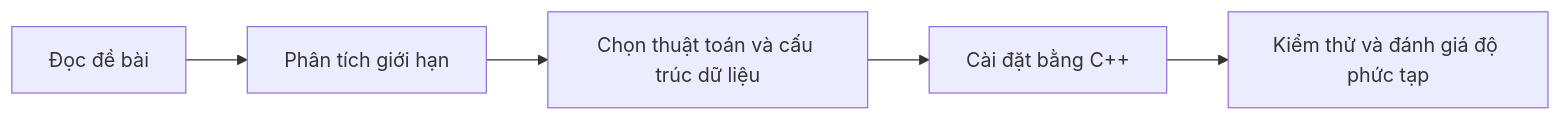
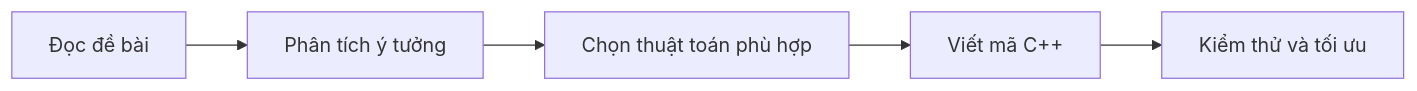
The diagram in README.md (Dungsilver1005/DSA_HUST), drawn with Mermaid before and after one commit. The commit also changed other lines of this file, not shown here.

````diff
--- a/README.md
+++ b/README.md
@@ -19,7 +95,7 @@
 ```mermaid
 flowchart LR
-    A[Đọc đề bài] --> B[Phân tích giới hạn]
-    B --> C[Chọn thuật toán và cấu trúc dữ liệu]
-    C --> D[Cài đặt bằng C++]
-    D --> E[Kiểm thử và đánh giá độ phức tạp]
+    A[Đọc đề bài] --> B[Phân tích ý tưởng]
+    B --> C[Chọn thuật toán phù hợp]
+    C --> D[Viết mã C++]
+    D --> E[Kiểm thử và tối ưu]
 ```
````
